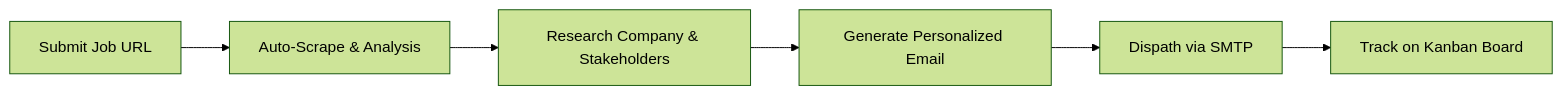
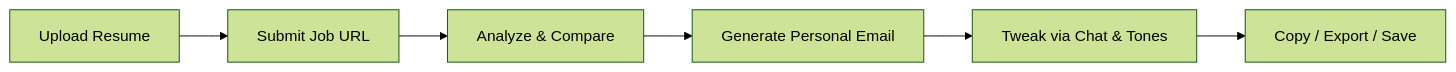
Before and after one commit to tamal006/cold-email-ai-agent: the diagram in docs/PROJECT_DOCUMENTATION.md, drawn with Mermaid (forest theme). The commit also changed other lines of this file and 107 other files, not shown here.

````diff
--- a/docs/PROJECT_DOCUMENTATION.md
+++ b/docs/PROJECT_DOCUMENTATION.md
@@ -8,8 +8,8 @@
 ```mermaid
 graph LR
-    A[Submit Job URL] --> B[Auto-Scrape & Analysis]
-    B --> C[Research Company & Stakeholders]
-    C --> D[Generate Personalized Email]
-    D --> E[Dispath via SMTP]
-    E --> F[Track on Kanban Board]
+    A[Upload Resume] --> B[Submit Job URL]
+    B --> C[Analyze & Compare]
+    C --> D[Generate Personal Email]
+    D --> E[Tweak via Chat & Tones]
+    E --> F[Copy / Export / Save]
 ```
````
